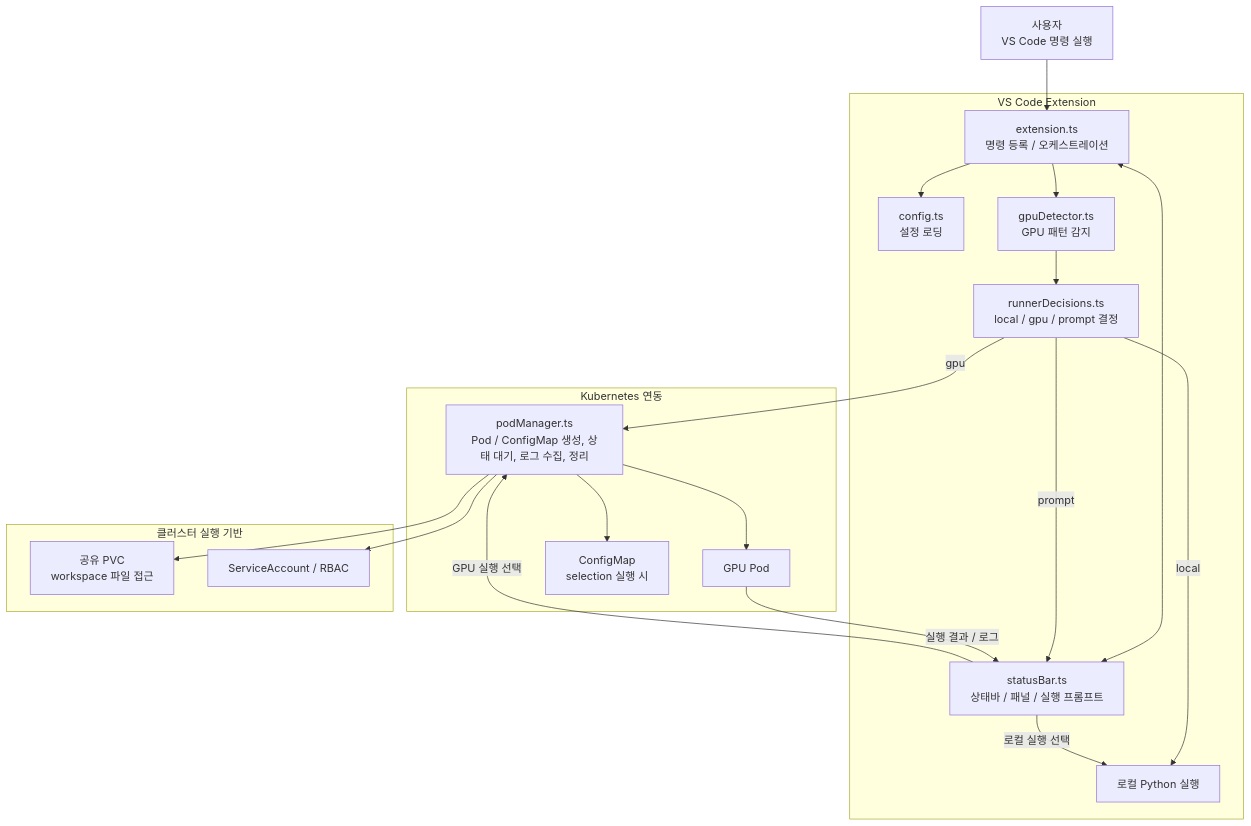
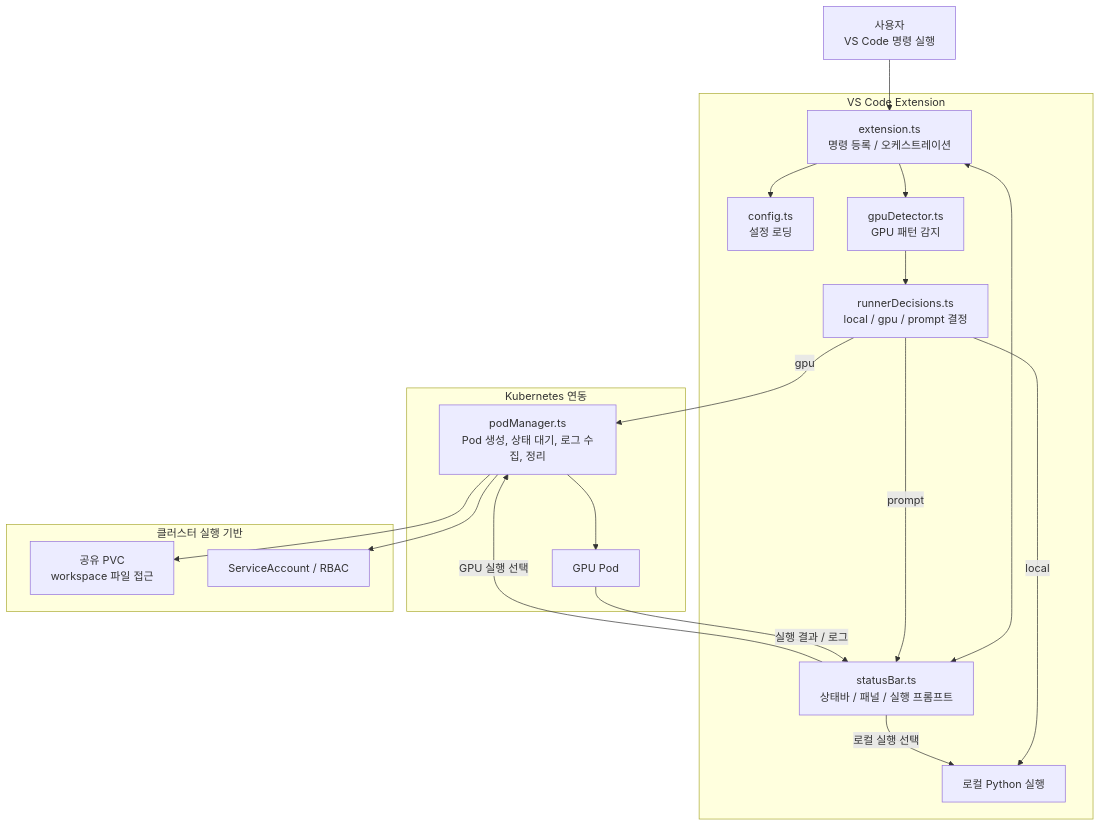
One commit to WoogiBoogi1129/GPU-Pod-Runner changed the diagram in docs/extension-architecture.md. Above: the diagram before and after it, drawn with Mermaid. The commit also changed other lines of this file and 16 other files, not shown here.

````diff
--- a/docs/extension-architecture.md
+++ b/docs/extension-architecture.md
@@ -39,42 +39,40 @@
 ```mermaid
 flowchart TB
   user[사용자<br/>VS Code 명령 실행]
 
   subgraph extLayer[VS Code Extension]
     ext[extension.ts<br/>명령 등록 / 오케스트레이션]
     cfg[config.ts<br/>설정 로딩]
     detect[gpuDetector.ts<br/>GPU 패턴 감지]
     decide[runnerDecisions.ts<br/>local / gpu / prompt 결정]
     ui[statusBar.ts<br/>상태바 / 패널 / 실행 프롬프트]
     local[로컬 Python 실행]
   end
 
   subgraph k8sLayer[Kubernetes 연동]
-    podMgr[podManager.ts<br/>Pod / ConfigMap 생성, 상태 대기, 로그 수집, 정리]
+    podMgr[podManager.ts<br/>Pod 생성, 상태 대기, 로그 수집, 정리]
     pod[GPU Pod]
-    cm[ConfigMap<br/>selection 실행 시]
   end
 
   subgraph clusterLayer[클러스터 실행 기반]
     pvc[공유 PVC<br/>workspace 파일 접근]
     rbac[ServiceAccount / RBAC]
   end
 
   user --> ext
   ext --> cfg
   ext --> detect
   detect --> decide
   ext <--> ui
 
   decide -->|local| local
   decide -->|gpu| podMgr
   decide -->|prompt| ui
   ui -->|GPU 실행 선택| podMgr
   ui -->|로컬 실행 선택| local
 
   podMgr --> pod
-  podMgr --> cm
   podMgr --> pvc
   podMgr --> rbac
   pod -->|실행 결과 / 로그| ui
 ```
````
